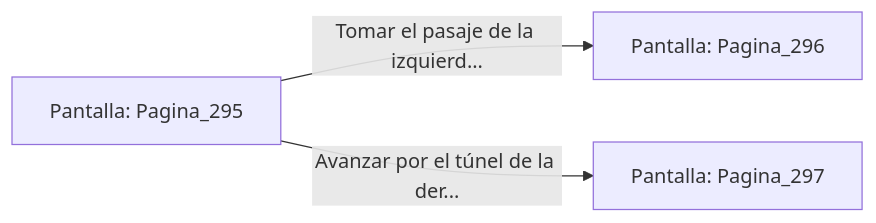
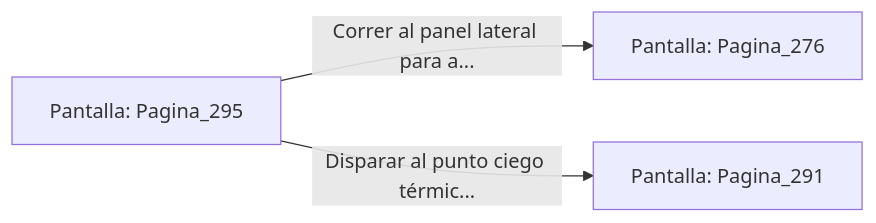
The diagram in sample/eligejuego-vault/Pantalla_Pagina_295.md (metsuke/mpl), drawn with Mermaid before and after one commit. The commit also changed other lines of this file and 635 other files, not shown here.

First line of the commit message:
fix: añadir Pagina_1 como pantalla inicial en capitulo_01.mpl

````diff
--- a/sample/eligejuego-vault/Pantalla_Pagina_295.md
+++ b/sample/eligejuego-vault/Pantalla_Pagina_295.md
@@ -20,6 +24,6 @@
 ```mermaid
 graph LR
     P_Pagina_295["Pantalla: Pagina_295"]
-    P_Pagina_295 -->|"Tomar el pasaje de la izquierd..."| P_Pagina_296["Pantalla: Pagina_296"]
-    P_Pagina_295 -->|"Avanzar por el túnel de la der..."| P_Pagina_297["Pantalla: Pagina_297"]
+    P_Pagina_295 -->|"Correr al panel lateral para a..."| P_Pagina_276["Pantalla: Pagina_276"]
+    P_Pagina_295 -->|"Disparar al punto ciego térmic..."| P_Pagina_291["Pantalla: Pagina_291"]
 ```
````
